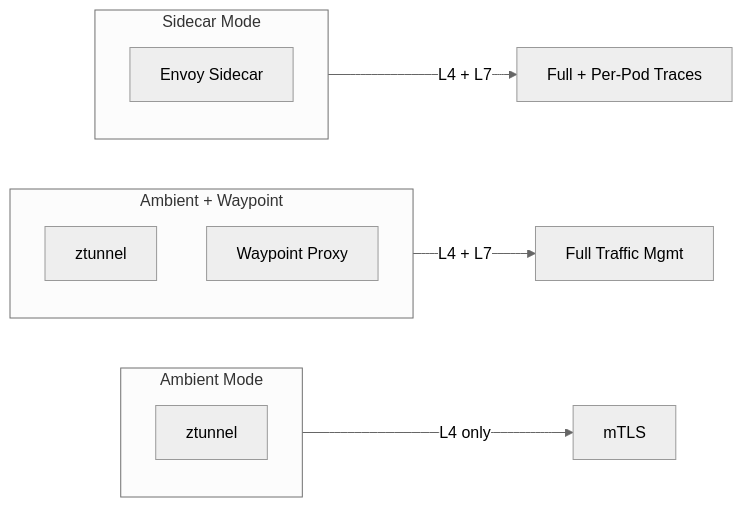
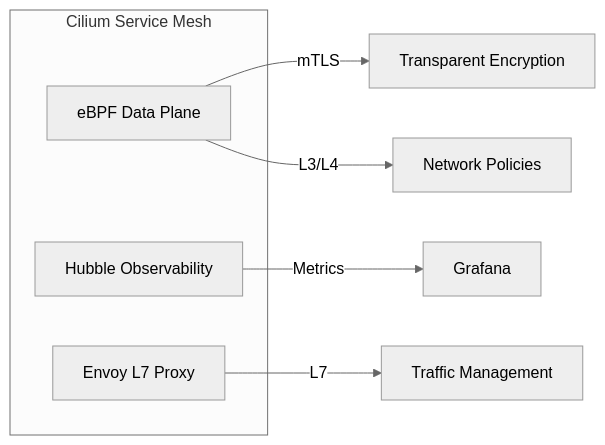
The second of 3 diagrams in docs/specs/SPEC-PLATFORM-TECH-STACK.md (openova-io/handbook), drawn with Mermaid (neutral theme) before and after one commit. The commit also changed other lines of this file and 19 other files, not shown here.

First line of the commit message:
docs: update architecture for Cilium Service Mesh and Gitea

````diff
--- a/docs/specs/SPEC-PLATFORM-TECH-STACK.md
+++ b/docs/specs/SPEC-PLATFORM-TECH-STACK.md
@@ -70,17 +71,13 @@
 ```mermaid
 flowchart LR
-    subgraph Ambient["Ambient Mode"]
-        Z1[ztunnel]
-    end
-    subgraph Waypoint["Ambient + Waypoint"]
-        Z2[ztunnel]
-        W[Waypoint Proxy]
-    end
-    subgraph Sidecar["Sidecar Mode"]
-        E[Envoy Sidecar]
+    subgraph Cilium["Cilium Service Mesh"]
+        eBPF[eBPF Data Plane]
+        Hubble[Hubble Observability]
+        Envoy[Envoy L7 Proxy]
     end
 
-    Ambient -->|"L4 only"| L4[mTLS]
-    Waypoint -->|"L4 + L7"| L7[Full Traffic Mgmt]
-    Sidecar -->|"L4 + L7"| L7Full[Full + Per-Pod Traces]
+    eBPF -->|"mTLS"| mTLS[Transparent Encryption]
+    eBPF -->|"L3/L4"| Policies[Network Policies]
+    Envoy -->|"L7"| Traffic[Traffic Management]
+    Hubble -->|"Metrics"| Grafana[Grafana]
 ```
````
